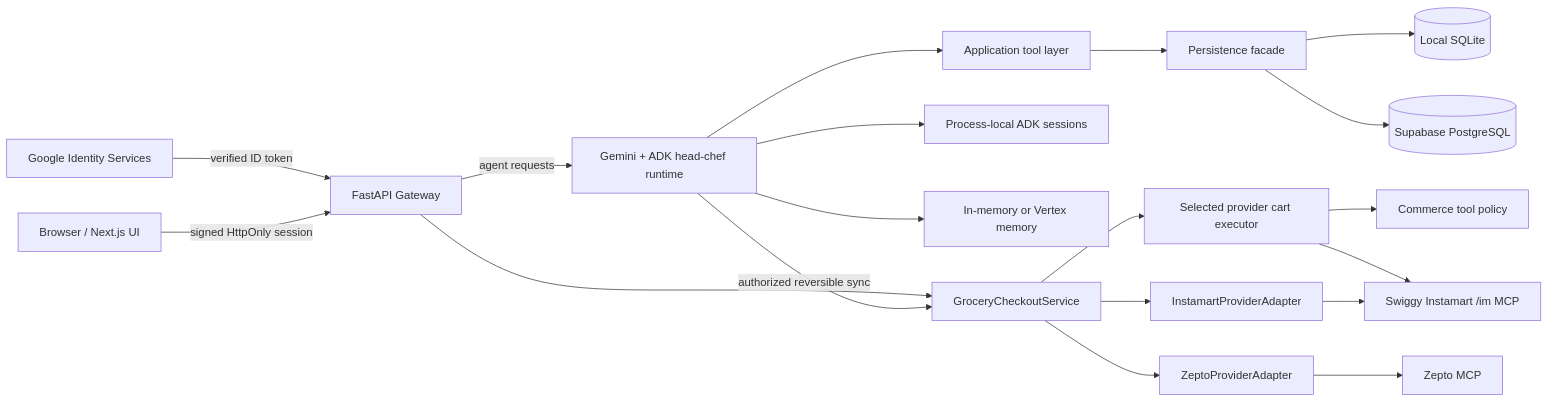
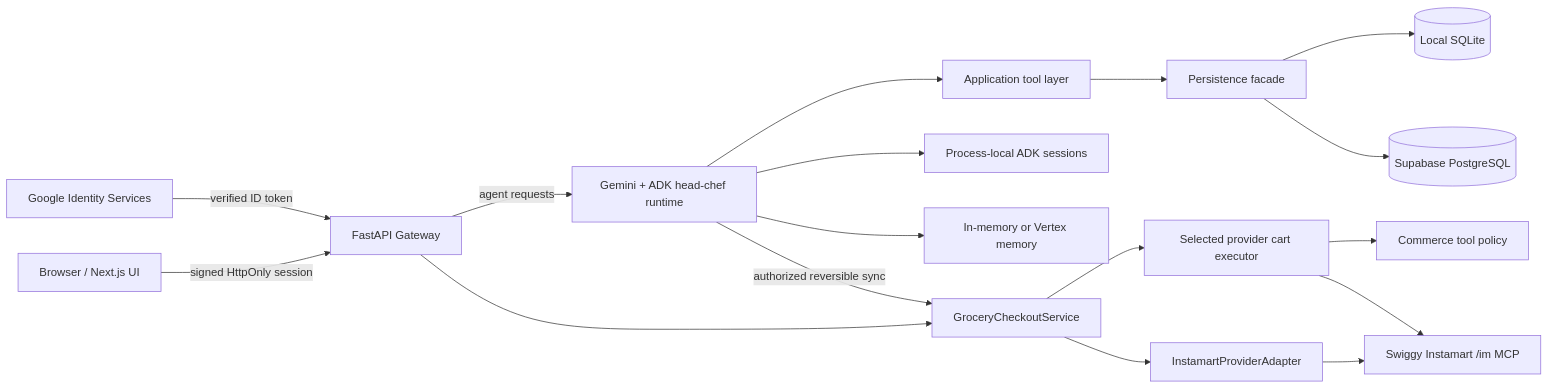
One commit to architworks/kitch changed the first of 2 diagrams in docs/system_architecture.md. Above: the diagram before and after it, drawn with Mermaid. The commit also changed other lines of this file and 31 other files, not shown here.

````diff
--- a/docs/system_architecture.md
+++ b/docs/system_architecture.md
@@ -32,22 +32,20 @@
 ```mermaid
 flowchart LR
     Google[Google Identity Services] -->|verified ID token| API[FastAPI Gateway]
     Browser[Browser / Next.js UI] -->|signed HttpOnly session| API
     API -->|agent requests| AgentRuntime[Gemini + ADK head-chef runtime]
     AgentRuntime --> Tools[Application tool layer]
     Tools --> Storage[Persistence facade]
     Storage --> SQLite[(Local SQLite)]
     Storage --> Supabase[(Supabase PostgreSQL)]
     AgentRuntime --> Sessions[Process-local ADK sessions]
     AgentRuntime --> Memory[In-memory or Vertex memory]
 
     API --> Checkout[GroceryCheckoutService]
     AgentRuntime -->|authorized reversible sync| Checkout
     Checkout --> ProviderExecutor[Selected provider cart executor]
     ProviderExecutor --> ToolPolicy[Commerce tool policy]
     ProviderExecutor --> InstamartMCP[Swiggy Instamart /im MCP]
-    Checkout --> ZeptoAdapter[ZeptoProviderAdapter]
     Checkout --> InstamartAdapter[InstamartProviderAdapter]
-    ZeptoAdapter --> ZeptoMCP[Zepto MCP]
     InstamartAdapter --> InstamartMCP
 ```
````
